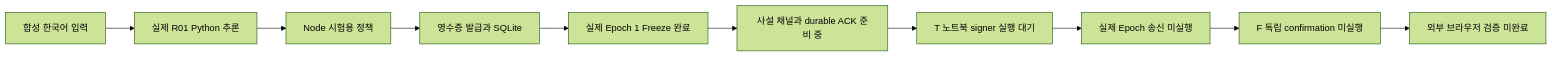
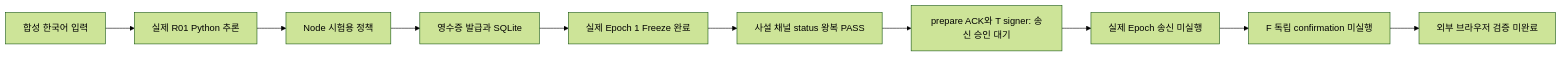
Before and after one commit to jujinho03/verimod: the diagram in README.md, drawn with Mermaid (forest theme). The commit also changed other lines of this file and 46 other files, not shown here.

````diff
--- a/README.md
+++ b/README.md
@@ -54,12 +55,12 @@
 ```mermaid
 flowchart LR
   Text[합성 한국어 입력] --> Model[실제 R01 Python 추론]
   Model --> Policy[Node 시험용 정책]
   Policy --> Receipt[영수증 발급과 SQLite]
   Receipt --> Freeze[실제 Epoch 1 Freeze 완료]
-  Freeze --> Gate[사설 채널과 durable ACK 준비 중]
-  Gate --> Sender[T 노트북 signer 실행 대기]
+  Freeze --> Gate[사설 채널 status 왕복 PASS]
+  Gate --> Sender[prepare ACK와 T signer: 송신 승인 대기]
   Sender --> Chain[실제 Epoch 송신 미실행]
   Chain --> Confirm[F 독립 confirmation 미실행]
   Confirm --> Browser[외부 브라우저 검증 미완료]
 ```
````
